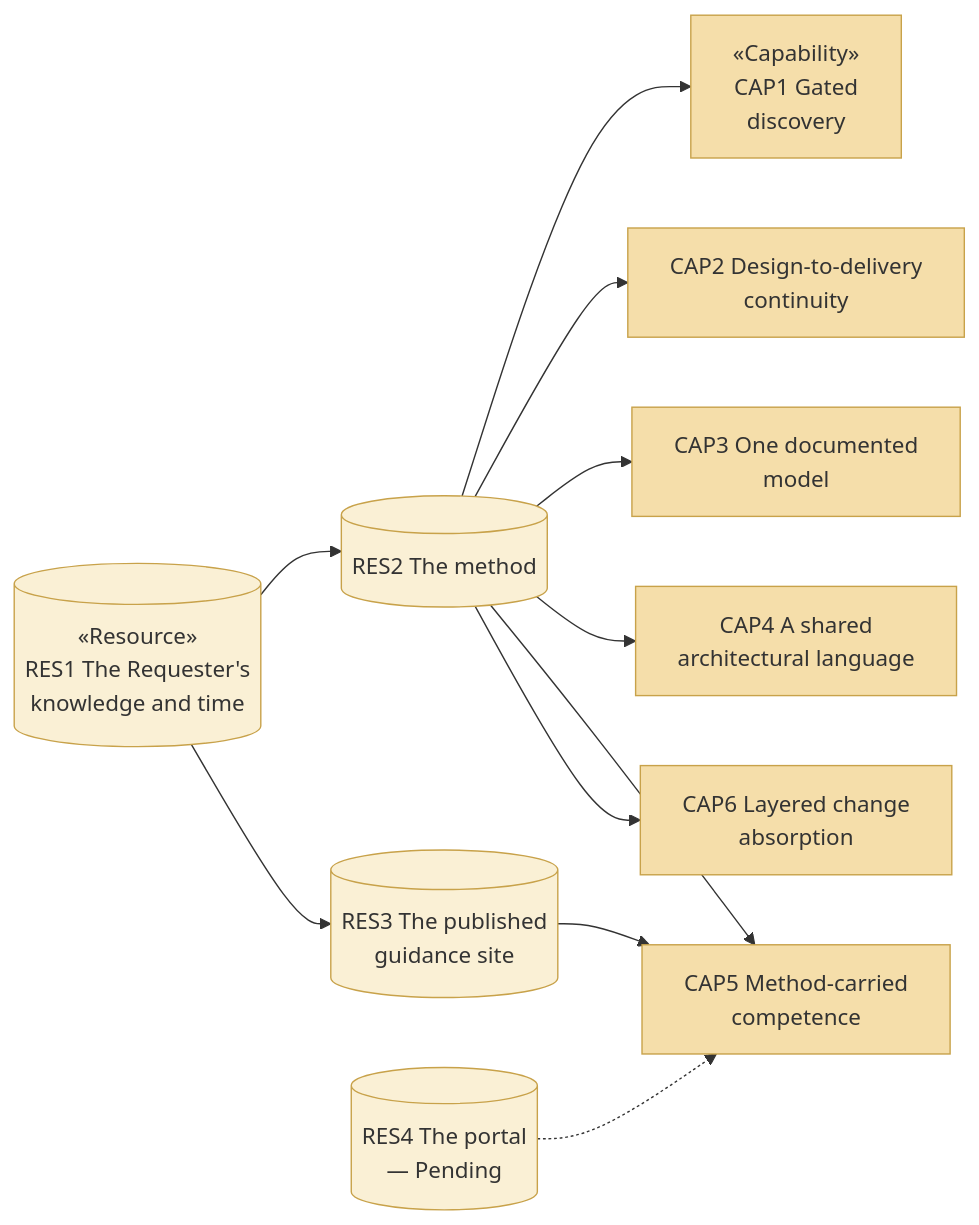
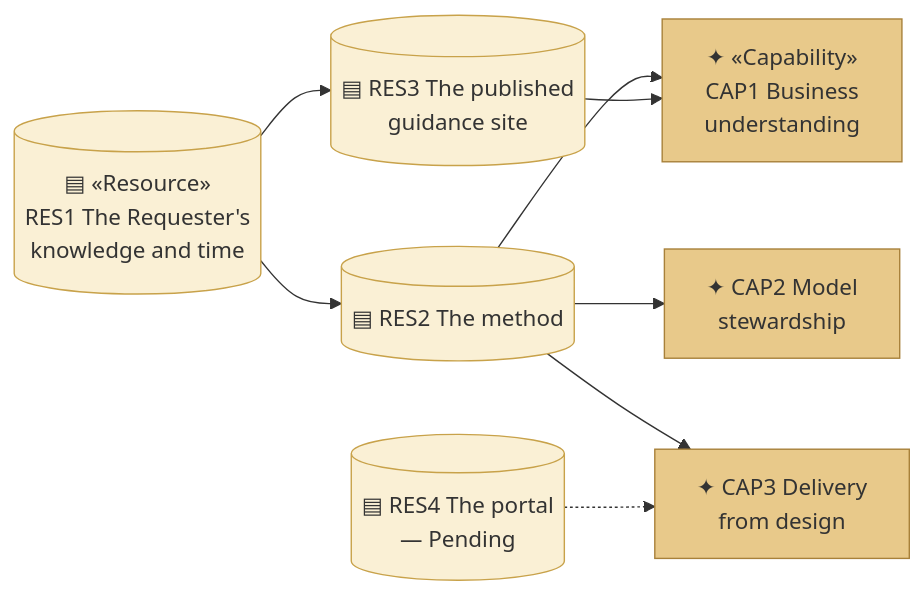
Before and after one commit to roanboc/architecture-archreator: the fifth of 6 diagrams in organization/docs/ea/1_strategy/2_capabilities-and-resources.md, drawn with Mermaid. The commit also changed other lines of this file and 7 other files, not shown here.

````diff
--- a/organization/docs/ea/1_strategy/2_capabilities-and-resources.md
+++ b/organization/docs/ea/1_strategy/2_capabilities-and-resources.md
@@ -179,28 +228,22 @@
 ```mermaid
 flowchart LR
-  res1[("«Resource»<br>RES1 The Requester's<br>knowledge and time")]:::resource
-  res2[("RES2 The method")]:::resource
-  res3[("RES3 The published<br>guidance site")]:::resource
-  res4[("RES4 The portal<br>— Pending")]:::resource
+  res1[("▤ «Resource»<br>RES1 The Requester's<br>knowledge and time")]:::resource
+  res2[("▤ RES2 The method")]:::resource
+  res3[("▤ RES3 The published<br>guidance site")]:::resource
+  res4[("▤ RES4 The portal<br>— Pending")]:::resource
 
-  cap1["«Capability»<br>CAP1 Gated<br>discovery"]:::capability
-  cap2["CAP2 Design-to-delivery<br>continuity"]:::capability
-  cap3["CAP3 One documented<br>model"]:::capability
-  cap4["CAP4 A shared<br>architectural language"]:::capability
-  cap5["CAP5 Method-carried<br>competence"]:::capability
-  cap6["CAP6 Layered change<br>absorption"]:::capability
+  cap1["✦ «Capability»<br>CAP1 Business<br>understanding"]:::area
+  cap2["✦ CAP2 Model<br>stewardship"]:::area
+  cap3["✦ CAP3 Delivery<br>from design"]:::area
 
   res1 --> res2
   res1 --> res3
   res2 --> cap1
   res2 --> cap2
   res2 --> cap3
-  res2 --> cap4
-  res2 --> cap5
-  res2 --> cap6
-  res3 --> cap5
-  res4 -.-> cap5
+  res3 --> cap1
+  res4 -.-> cap3
 
   classDef resource fill:#faf0d5,stroke:#c8a24a,color:#333
-  classDef capability fill:#f5deaa,stroke:#c8a24a,color:#333
+  classDef area fill:#e8c98a,stroke:#a8813a,color:#333
 ```
````
